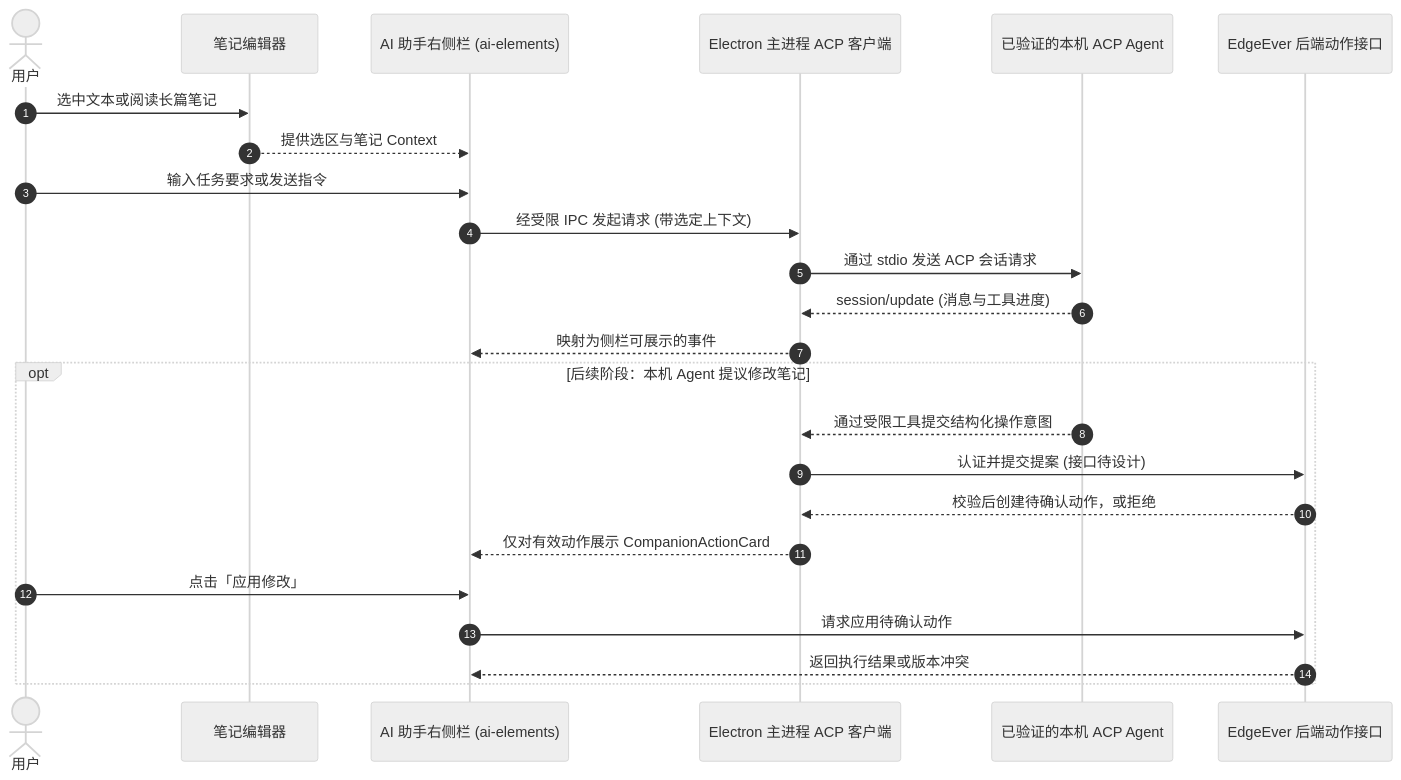
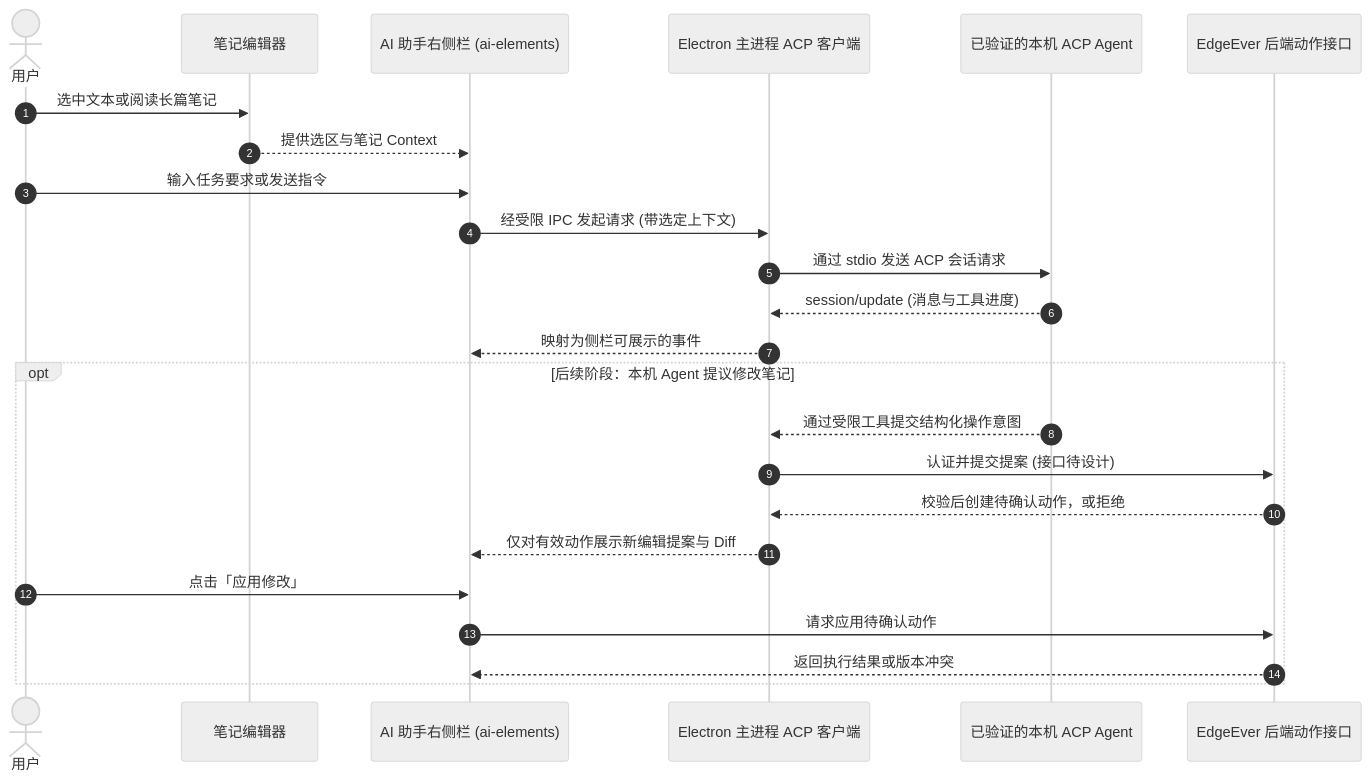
The second of 2 diagrams in docs/ai-assistant-redesign-plan.zh-CN.md (1092214362/edgeever), drawn with Mermaid (neutral theme) before and after one commit. The commit also changed other lines of this file, not shown here.

Commit message:
docs: plan new agent editing flow

````diff
--- a/docs/ai-assistant-redesign-plan.zh-CN.md
+++ b/docs/ai-assistant-redesign-plan.zh-CN.md
@@ -139,27 +135,27 @@
 ```mermaid
 sequenceDiagram
     autonumber
     actor User as 用户
     participant Editor as 笔记编辑器
     participant Sidebar as AI 助手右侧栏 (ai-elements)
     participant Client as Electron 主进程 ACP 客户端
     participant Agent as 已验证的本机 ACP Agent
     participant API as EdgeEver 后端动作接口
 
     User->>Editor: 选中文本或阅读长篇笔记
     Editor-->>Sidebar: 提供选区与笔记 Context
     User->>Sidebar: 输入任务要求或发送指令
     Sidebar->>Client: 经受限 IPC 发起请求 (带选定上下文)
     Client->>Agent: 通过 stdio 发送 ACP 会话请求
     Agent-->>Client: session/update (消息与工具进度)
     Client-->>Sidebar: 映射为侧栏可展示的事件
     opt 后续阶段：本机 Agent 提议修改笔记
         Agent-->>Client: 通过受限工具提交结构化操作意图
         Client->>API: 认证并提交提案 (接口待设计)
         API-->>Client: 校验后创建待确认动作，或拒绝
-        Client-->>Sidebar: 仅对有效动作展示 CompanionActionCard
+        Client-->>Sidebar: 仅对有效动作展示新编辑提案与 Diff
         User->>Sidebar: 点击「应用修改」
         Sidebar->>API: 请求应用待确认动作
         API-->>Sidebar: 返回执行结果或版本冲突
     end
 ```
````
